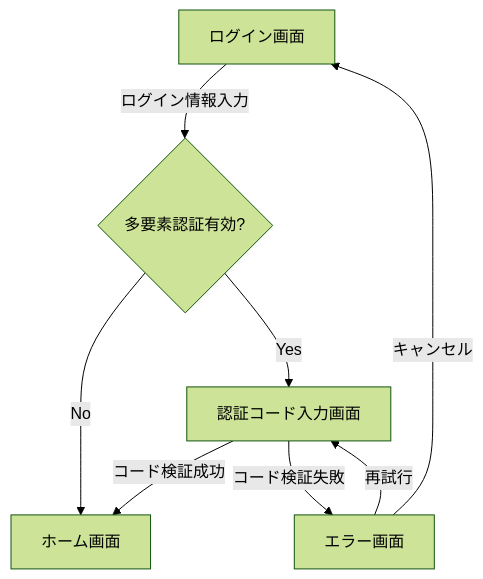
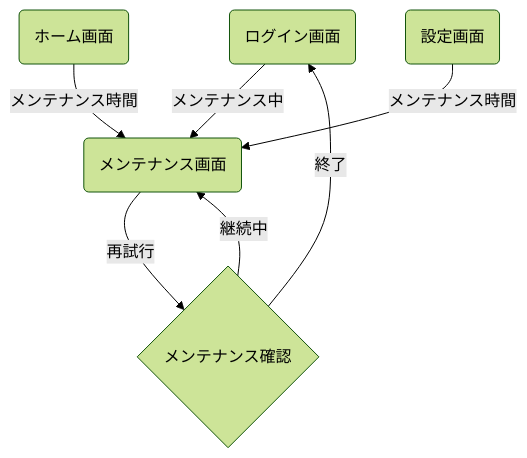
The second of 3 diagrams in docs/template/screen_flow/authentication_flow.md (yumemi-inc/flutter-mobile-project-docs-template), drawn with Mermaid (forest theme) before and after one commit. The commit also changed other lines of this file and 4 other files, not shown here.

````diff
--- a/docs/template/screen_flow/authentication_flow.md
+++ b/docs/template/screen_flow/authentication_flow.md
@@ -51,10 +28,10 @@
 ```mermaid
-flowchart TD
-    Login[ログイン画面] -- "ログイン情報入力" --> MFACheck{多要素認証有効?}
-    MFACheck -- "Yes" --> MFAInput[認証コード入力画面]
-    MFACheck -- "No" --> Home[ホーム画面]
-    MFAInput -- "コード検証成功" --> Home
-    MFAInput -- "コード検証失敗" --> MFAError[エラー画面]
-    MFAError -- "再試行" --> MFAInput
-    MFAError -- "キャンセル" --> Login
+graph TD
+    SC001(ログイン画面) -- "メンテナンス中" --> SC009(メンテナンス画面)
+    SC009 -- "再試行" --> MCheck{メンテナンス確認}
+    MCheck -- "終了" --> SC001
+    MCheck -- "継続中" --> SC009
+    
+    SC002(ホーム画面) -- "メンテナンス時間" --> SC009
+    SC003(設定画面) -- "メンテナンス時間" --> SC009
 ```
````
